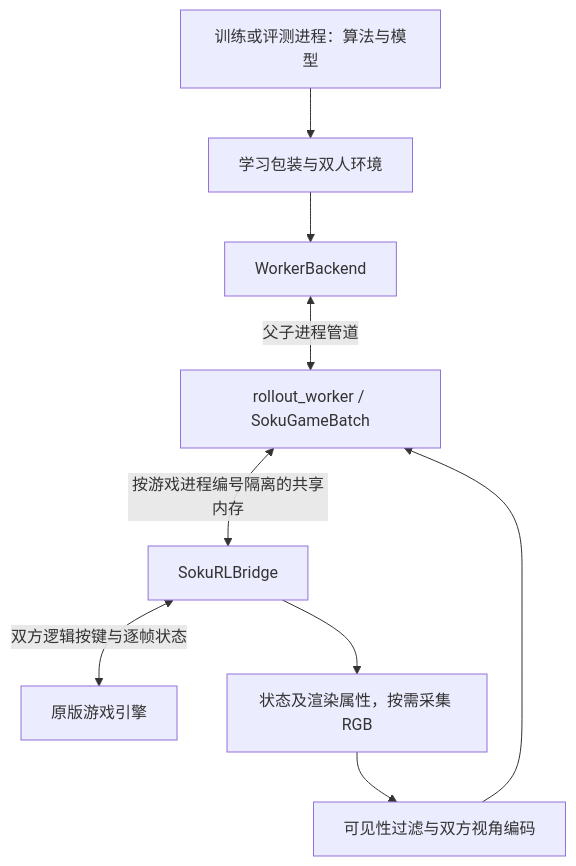
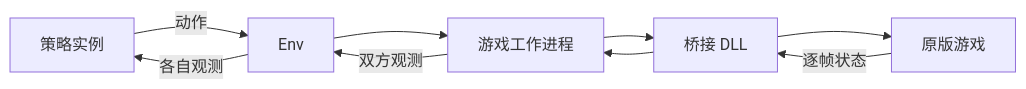
Before and after one commit to Shi-Soul/SokuRL: the diagram in docs/architecture.md, drawn with Mermaid. The commit also changed other lines of this file and 5 other files, not shown here.

Commit message:
docs: align architecture algorithms and dependencies with shared PPO

````diff
--- a/docs/architecture.md
+++ b/docs/architecture.md
@@ -22,11 +32,11 @@
 ```mermaid
-flowchart TD
-    A[训练或评测进程：算法与模型] --> B[学习包装与双人环境]
-    B --> C[WorkerBackend]
-    C <-->|父子进程管道| D[rollout_worker / SokuGameBatch]
-    D <-->|按游戏进程编号隔离的共享内存| E[SokuRLBridge]
-    E <-->|双方逻辑按键与逐帧状态| F[原版游戏引擎]
-    E --> G[状态及渲染属性，按需采集 RGB]
-    G --> H[可见性过滤与双方视角编码]
-    H --> D
+flowchart LR
+    A[策略实例] -->|动作| B[Env]
+    B --> C[游戏工作进程]
+    C --> D[桥接 DLL]
+    D --> E[原版游戏]
+    E -->|逐帧状态| D
+    D --> C
+    C -->|双方观测| B
+    B -->|各自观测| A
 ```
````
